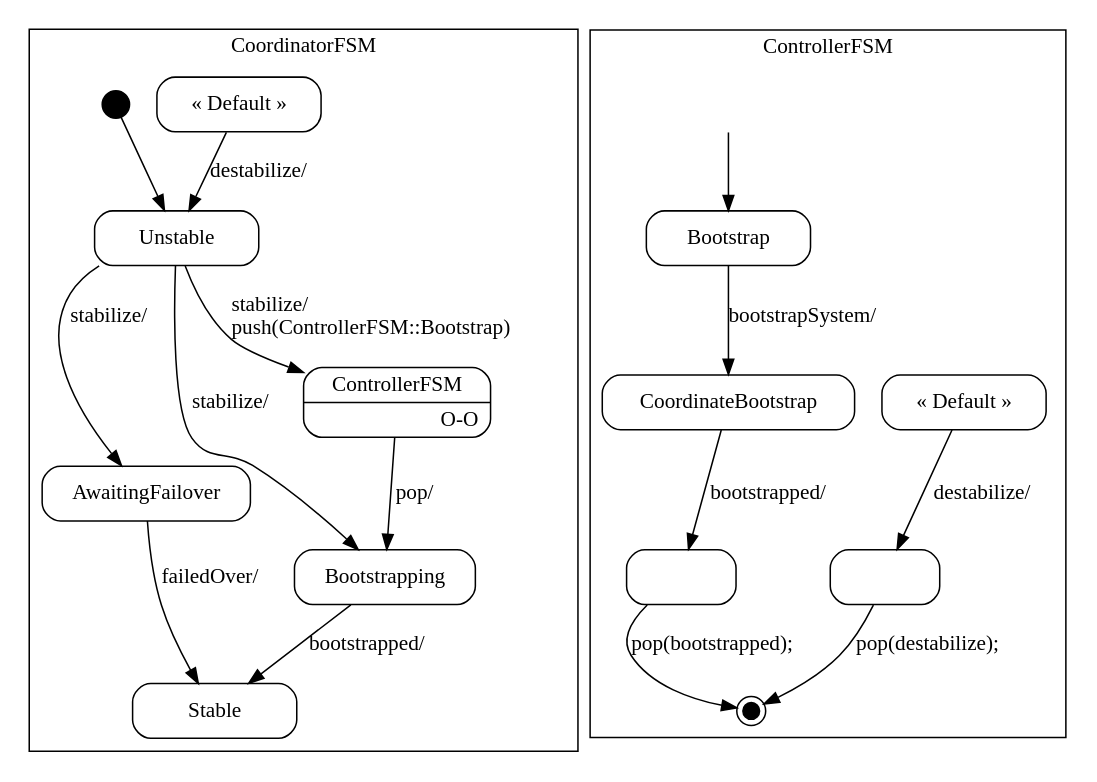
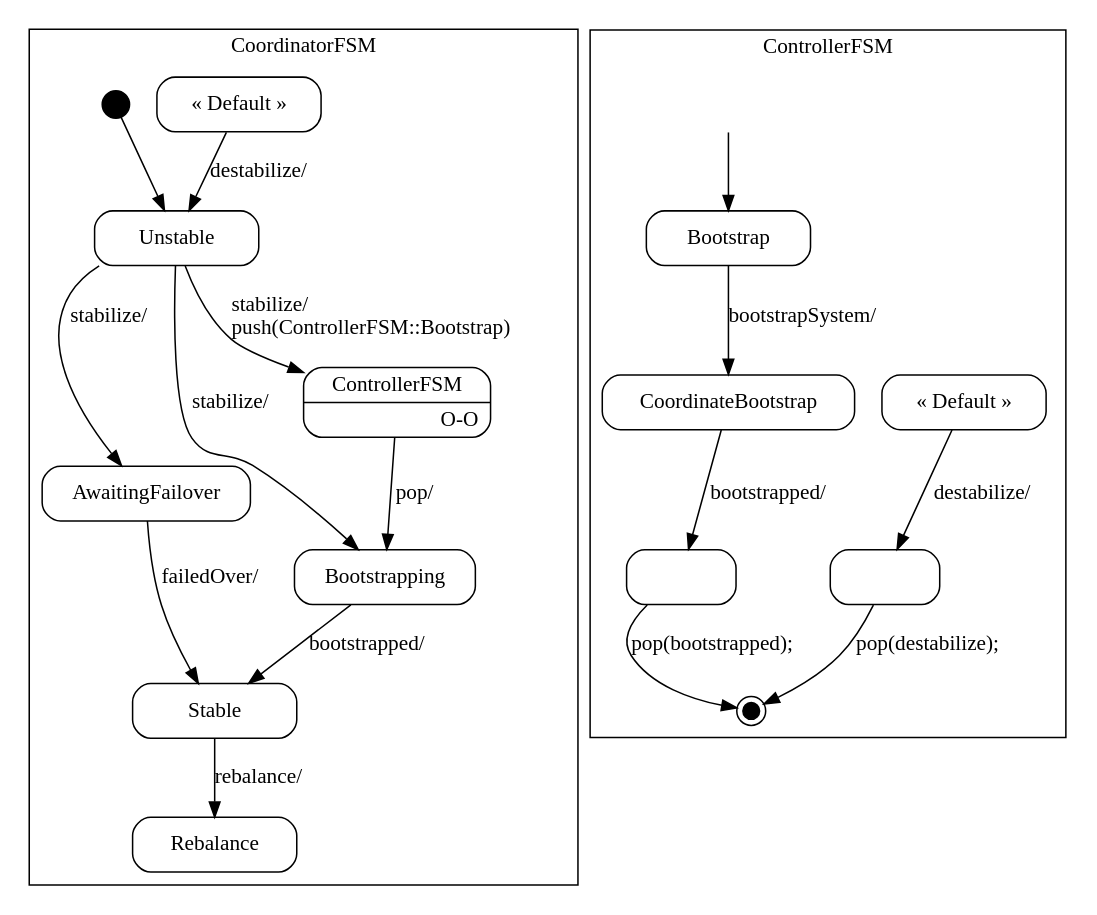
The diagram in producer/doc/Coordinator_sm.dot (vmehra-sfdc/Ouroboros), drawn with Graphviz before and after one commit. The commit also changed 13 other files, not shown here.

```diff
--- a/producer/doc/Coordinator_sm.dot
+++ b/producer/doc/Coordinator_sm.dot
@@ -1,115 +1,121 @@
 digraph Coordinator_sm {
 
     node
         [shape=Mrecord width=1.5];
 
     subgraph cluster_CoordinatorFSM {
 
         label="CoordinatorFSM";
 
         //
         // States (Nodes)
         //
 
         "CoordinatorFSM::Unstable"
             [label="{Unstable}"];
 
         "CoordinatorFSM::AwaitingFailover"
             [label="{AwaitingFailover}"];
 
         "CoordinatorFSM::Stable"
             [label="{Stable}"];
 
         "CoordinatorFSM::Bootstrapping"
             [label="{Bootstrapping}"];
 
+        "CoordinatorFSM::Rebalance"
+            [label="{Rebalance}"];
+
         "CoordinatorFSM::DefaultState"
             [label="{&laquo; Default &raquo;}"];
 
         "CoordinatorFSM::Bootstrapping::ControllerFSM"
             [label="{ControllerFSM|O-O\r}"]
 
         "%start"
             [label="" shape=circle style=filled fillcolor=black width=0.25];
 
         //
         // Transitions (Edges)
         //
 
         "CoordinatorFSM::Unstable" -> "CoordinatorFSM::AwaitingFailover"
             [label="stabilize/\l"];
 
         "CoordinatorFSM::Unstable" -> "CoordinatorFSM::Bootstrapping::ControllerFSM"
             [label="stabilize/\lpush(ControllerFSM::Bootstrap)\l"];
 
         "CoordinatorFSM::Unstable" -> "CoordinatorFSM::Bootstrapping"
             [label="stabilize/\l"];
 
         "CoordinatorFSM::AwaitingFailover" -> "CoordinatorFSM::Stable"
             [label="failedOver/\l"];
+
+        "CoordinatorFSM::Stable" -> "CoordinatorFSM::Rebalance"
+            [label="rebalance/\l"];
 
         "CoordinatorFSM::Bootstrapping" -> "CoordinatorFSM::Stable"
             [label="bootstrapped/\l"];
 
         "CoordinatorFSM::DefaultState" -> "CoordinatorFSM::Unstable"
             [label="destabilize/\l"];
 
         "CoordinatorFSM::Bootstrapping::ControllerFSM" -> "CoordinatorFSM::Bootstrapping"
             [label="pop/"]
 
         "%start" -> "CoordinatorFSM::Unstable"
     }
 
     subgraph cluster_ControllerFSM {
 
         label="ControllerFSM";
 
         //
         // States (Nodes)
         //
 
         "ControllerFSM::Bootstrap"
             [label="{Bootstrap}"];
 
         "ControllerFSM::CoordinateBootstrap"
             [label="{CoordinateBootstrap}"];
 
         "ControllerFSM::DefaultState"
             [label="{&laquo; Default &raquo;}"];
 
         "ControllerFSM::pop(destabilize)"
             [label="" width=1]
 
         "ControllerFSM::pop(bootstrapped)"
             [label="" width=1]
 
         "ControllerFSM::%end"
             [label="" shape=doublecircle style=filled fillcolor=black width=0.15];
 
         "push(ControllerFSM::Bootstrap)"
             [label="" shape=plaintext];
 
         //
         // Transitions (Edges)
         //
 
         "ControllerFSM::Bootstrap" -> "ControllerFSM::CoordinateBootstrap"
             [label="bootstrapSystem/\l"];
 
         "ControllerFSM::CoordinateBootstrap" -> "ControllerFSM::pop(bootstrapped)"
             [label="bootstrapped/\l"];
 
         "ControllerFSM::DefaultState" -> "ControllerFSM::pop(destabilize)"
             [label="destabilize/\l"];
 
         "ControllerFSM::pop(destabilize)" -> "ControllerFSM::%end"
             [label="pop(destabilize);\l"];
 
         "ControllerFSM::pop(bootstrapped)" -> "ControllerFSM::%end"
             [label="pop(bootstrapped);\l"];
 
         "push(ControllerFSM::Bootstrap)" -> "ControllerFSM::Bootstrap"
             [arrowtail=odot];
     }
 
 }
```
